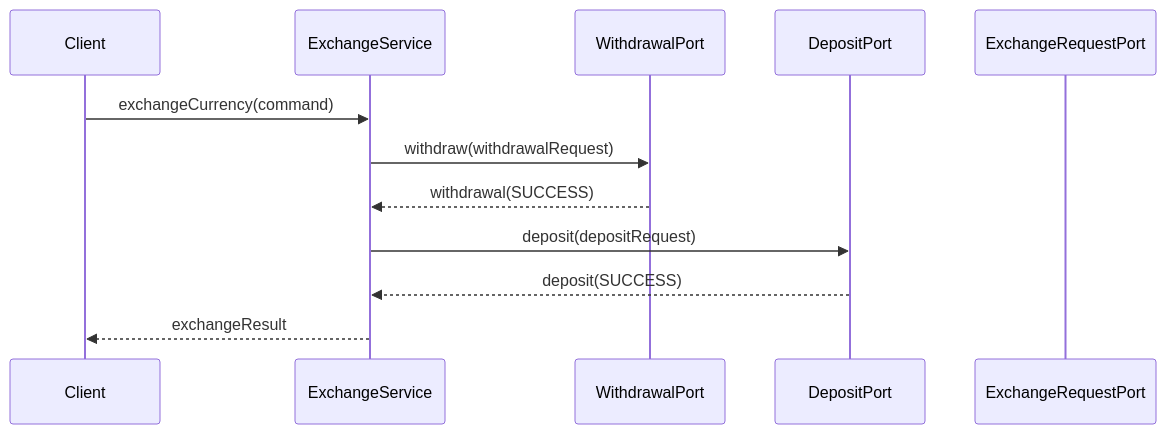
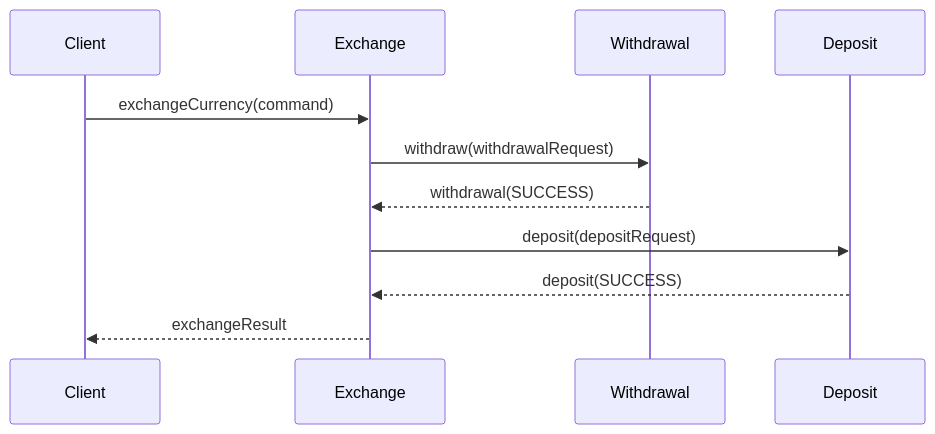
One commit to boldfaced7/springboot-msa-foreign-exchange changed the first of 3 diagrams in README.md. Above: the diagram before and after it, drawn with Mermaid. The commit also changed other lines of this file, not shown here.

````diff
--- a/README.md
+++ b/README.md
@@ -26,15 +26,14 @@
 ```mermaid
 sequenceDiagram
     participant Client
-    participant ExchangeService
-    participant WithdrawalPort
-    participant DepositPort
-    participant ExchangeRequestPort
+    participant Exchange
+    participant Withdrawal
+    participant Deposit
 
-    Client->>ExchangeService: exchangeCurrency(command)
-    ExchangeService->>WithdrawalPort: withdraw(withdrawalRequest)
-    WithdrawalPort-->>ExchangeService: withdrawal(SUCCESS)
-    ExchangeService->>DepositPort: deposit(depositRequest)
-    DepositPort-->>ExchangeService: deposit(SUCCESS)
-    ExchangeService-->>Client: exchangeResult
+    Client->>Exchange: exchangeCurrency(command)
+    Exchange->>Withdrawal: withdraw(withdrawalRequest)
+    Withdrawal-->>Exchange: withdrawal(SUCCESS)
+    Exchange->>Deposit: deposit(depositRequest)
+    Deposit-->>Exchange: deposit(SUCCESS)
+    Exchange-->>Client: exchangeResult
 ```
````
